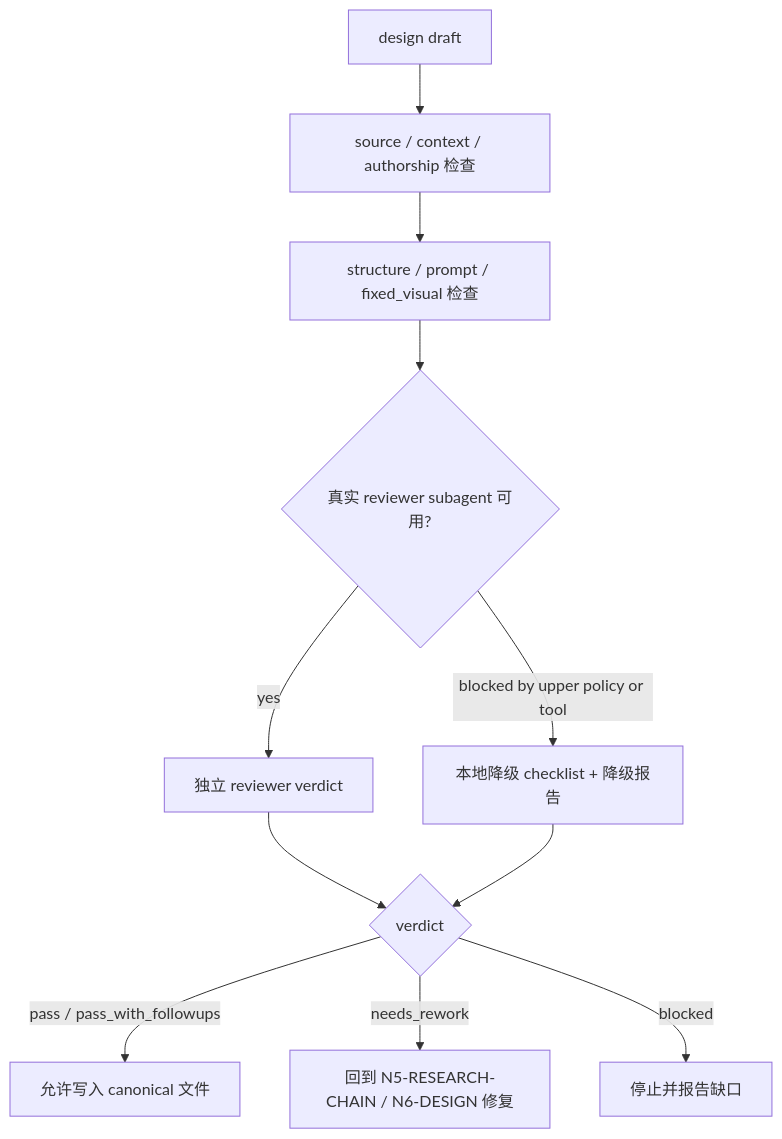
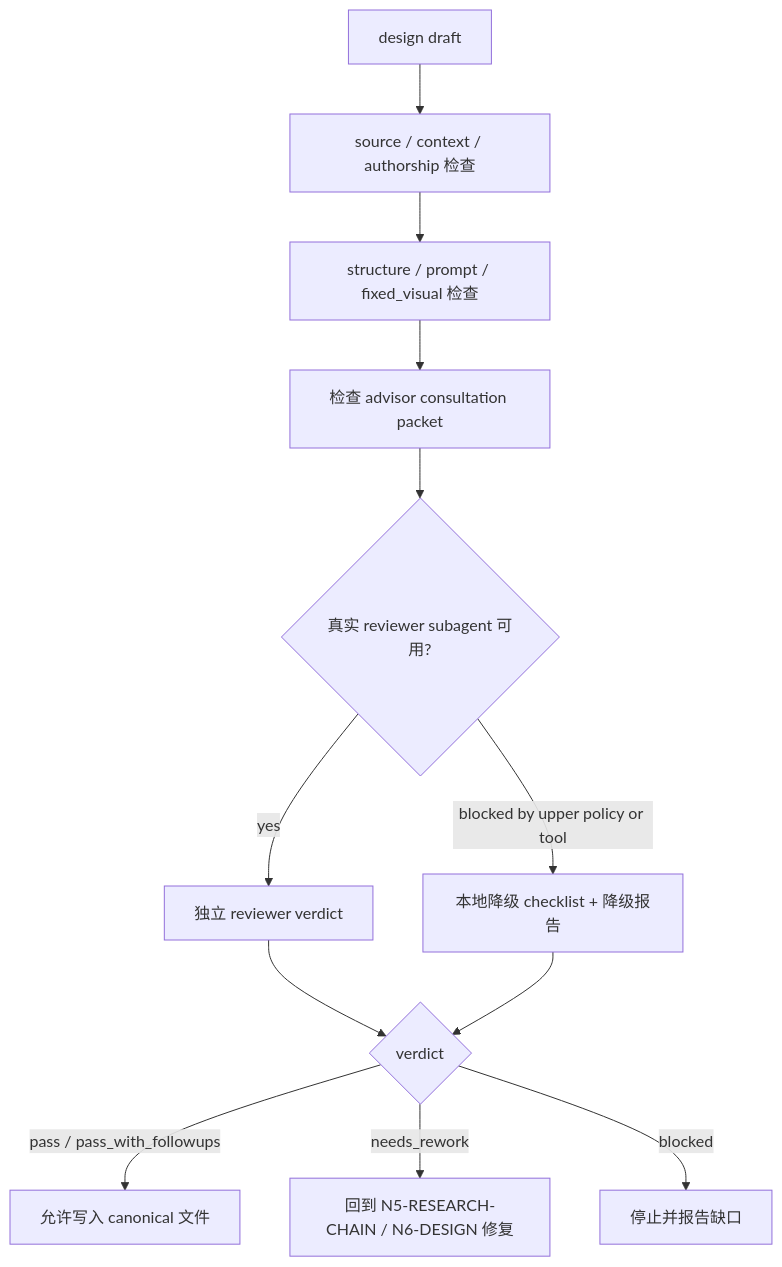
One commit to ZEN-VOID/AI-CUT changed the diagram in .agents/skills/aigc/5-设计/道具/2-设计/review/review-contract.md. Above: the diagram before and after it, drawn with Mermaid. The commit also changed other lines of this file and 256 other files, not shown here.

````diff
--- a/.agents/skills/aigc/5-设计/道具/2-设计/review/review-contract.md
+++ b/.agents/skills/aigc/5-设计/道具/2-设计/review/review-contract.md
@@ -37,13 +39,14 @@
 ```mermaid
 flowchart TD
     A["design draft"] --> B["source / context / authorship 检查"]
     B --> C["structure / prompt / fixed_visual 检查"]
-    C --> D{"真实 reviewer subagent 可用?"}
+    C --> A1["检查 advisor consultation packet"]
+    A1 --> D{"真实 reviewer subagent 可用?"}
     D -->|"yes"| E["独立 reviewer verdict"]
     D -->|"blocked by upper policy or tool"| F["本地降级 checklist + 降级报告"]
     E --> G{"verdict"}
     F --> G
     G -->|"pass / pass_with_followups"| H["允许写入 canonical 文件"]
     G -->|"needs_rework"| I["回到 N5-RESEARCH-CHAIN / N6-DESIGN 修复"]
     G -->|"blocked"| J["停止并报告缺口"]
 ```
````
